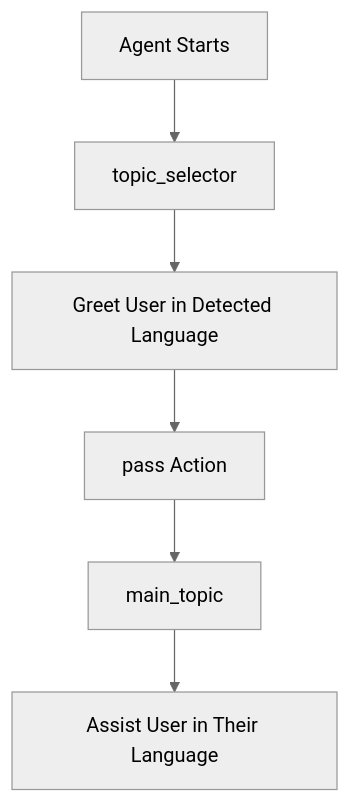
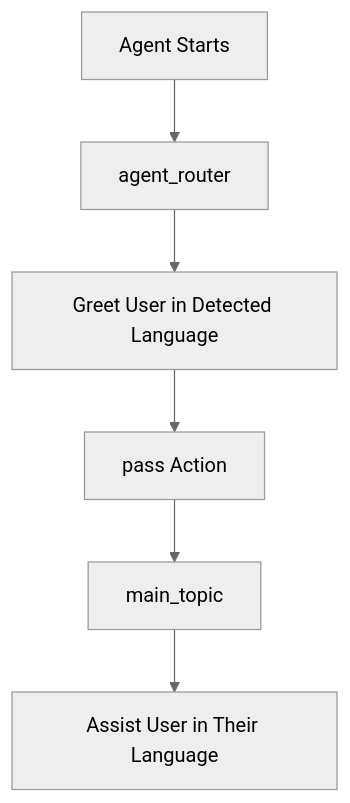
Before and after one commit to trailheadapps/agent-script-recipes: the diagram in force-app/main/01_languageEssentials/languageSettings/README.md, drawn with Mermaid. The commit also changed other lines of this file and 108 other files, not shown here.

````diff
--- a/force-app/main/01_languageEssentials/languageSettings/README.md
+++ b/force-app/main/01_languageEssentials/languageSettings/README.md
@@ -9,9 +9,9 @@
 ```mermaid
 %%{init: {'theme':'neutral'}}%%
 graph TD
-    A[Agent Starts] --> B[topic_selector]
+    A[Agent Starts] --> B[agent_router]
     B --> C[Greet User in Detected Language]
     C --> D[pass Action]
     D --> E[main_topic]
     E --> F[Assist User in Their Language]
 ```
````
